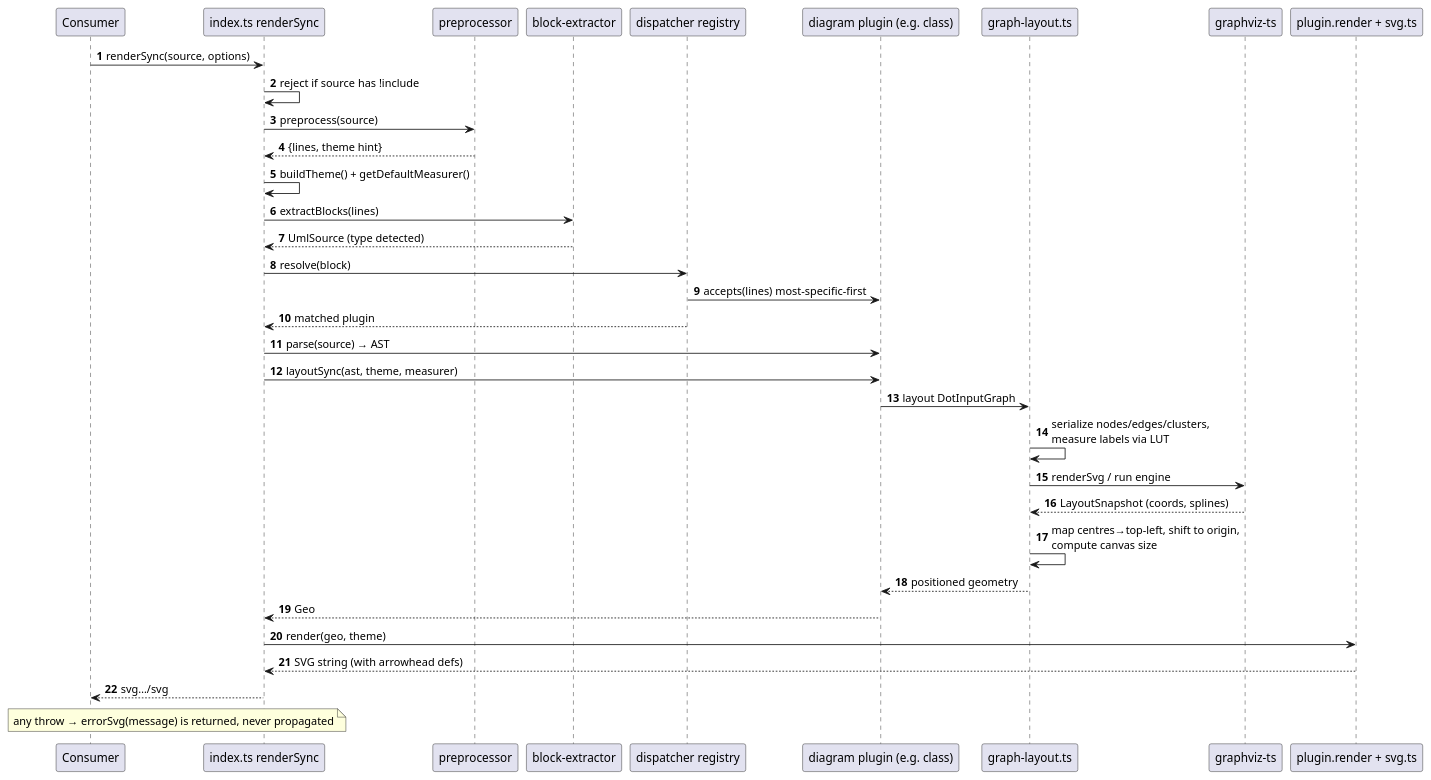
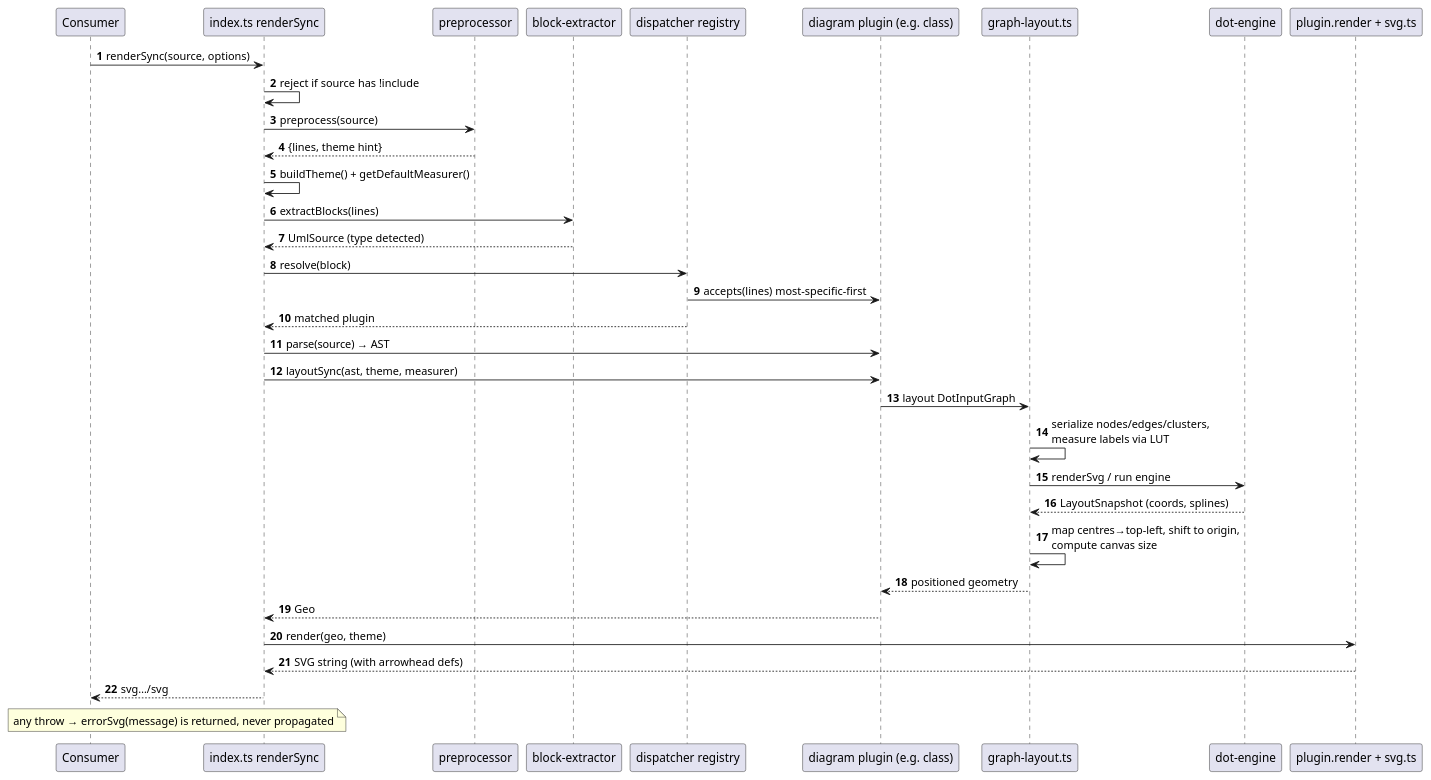
The first of 3 diagrams in docs/architecture/data-flow.md (knowvah/plantuml-ts), drawn with PlantUML before and after one commit. The commit also changed other lines of this file and 111 other files, not shown here.

First line of the commit message:
docs: call the layout engine dot-engine throughout

````diff
--- a/docs/architecture/data-flow.md
+++ b/docs/architecture/data-flow.md
@@ -13,37 +13,37 @@
 ```plantuml
 @startuml
 autonumber
 participant "Consumer" as App
 participant "index.ts renderSync" as API
 participant "preprocessor" as Pre
 participant "block-extractor" as Blk
 participant "dispatcher registry" as Reg
 participant "diagram plugin (e.g. class)" as Plg
 participant "graph-layout.ts" as GL
-participant "graphviz-ts" as GV
+participant "dot-engine" as GV
 participant "plugin.render + svg.ts" as Ren
 App -> API : renderSync(source, options)
 API -> API : reject if source has !include
 API -> Pre : preprocess(source)
 Pre --> API : {lines, theme hint}
 API -> API : buildTheme() + getDefaultMeasurer()
 API -> Blk : extractBlocks(lines)
 Blk --> API : UmlSource (type detected)
 API -> Reg : resolve(block)
 Reg -> Plg : accepts(lines) most-specific-first
 Reg --> API : matched plugin
 API -> Plg : parse(source) → AST
 API -> Plg : layoutSync(ast, theme, measurer)
 Plg -> GL : layout DotInputGraph
 GL -> GL : serialize nodes/edges/clusters,\nmeasure labels via LUT
 GL -> GV : renderSvg / run engine
 GV --> GL : LayoutSnapshot (coords, splines)
 GL -> GL : map centres→top-left, shift to origin,\ncompute canvas size
 GL --> Plg : positioned geometry
 Plg --> API : Geo
 API -> Ren : render(geo, theme)
 Ren --> API : SVG string (with arrowhead defs)
 API --> App : svg…/svg
 note over API,App : any throw → errorSvg(message) is returned, never propagated
 @enduml
 ```
````
